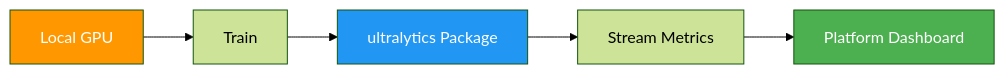
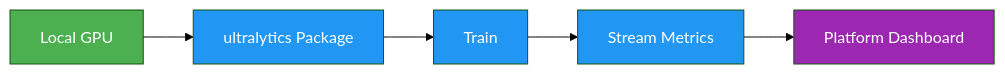
One commit to KATe-AGI/Embodied_VG changed the second of 3 diagrams in ultralytics/docs/en/platform/train/cloud-training.md. Above: the diagram before and after it, drawn with Mermaid (forest theme). The commit also changed other lines of this file and 980 other files, not shown here.

````diff
--- a/ultralytics/docs/en/platform/train/cloud-training.md
+++ b/ultralytics/docs/en/platform/train/cloud-training.md
@@ -185,11 +234,11 @@
 ```mermaid
 graph LR
-    A[Local GPU] --> B[Train]
-    B --> C[ultralytics Package]
-    C --> D[Stream Metrics]
-    D --> E[Platform Dashboard]
+    A[Local GPU]:::start --> B[ultralytics Package]:::proc
+    B --> C[Train]:::proc
+    C --> D[Stream Metrics]:::proc
+    D --> E[Platform Dashboard]:::out
 
-    style A fill:#FF9800,color:#fff
-    style C fill:#2196F3,color:#fff
-    style E fill:#4CAF50,color:#fff
+    classDef start fill:#4CAF50,color:#fff
+    classDef proc fill:#2196F3,color:#fff
+    classDef out fill:#9C27B0,color:#fff
 ```
````
